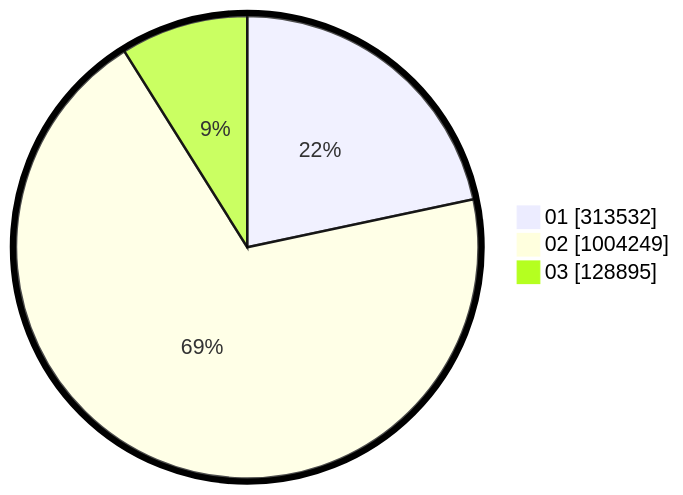
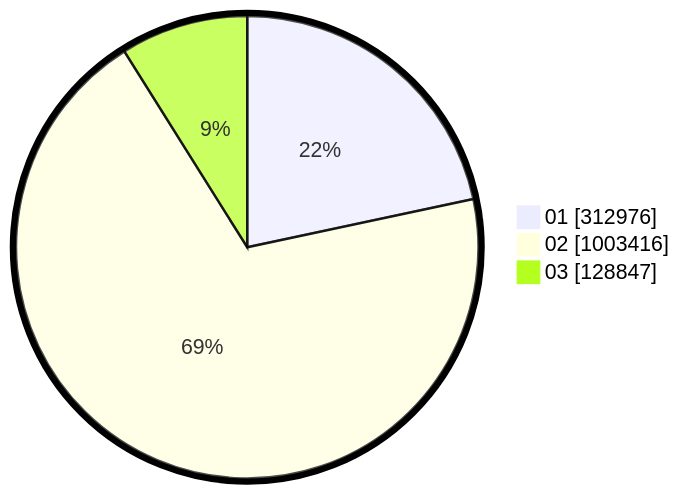
Before and after one commit to gigit-pemilu/pemilu-2024: the second of 2 diagrams in pilpres/hitung-suara/sub/table-wilayah-72.md, drawn with Mermaid. The commit also changed other lines of this file and 12 other files, not shown here.

````diff
--- a/pilpres/hitung-suara/sub/table-wilayah-72.md
+++ b/pilpres/hitung-suara/sub/table-wilayah-72.md
@@ -15,7 +15,7 @@
 ```mermaid
 %%{init: {"pie": {"textPosition": 0.5}, "themeVariables": {"pieOuterStrokeWidth": "5px"}} }%%
 pie showData
-    "01" : 313532
-    "02" : 1004249
-    "03" : 128895
+    "01" : 312976
+    "02" : 1003416
+    "03" : 128847
 ```
````
